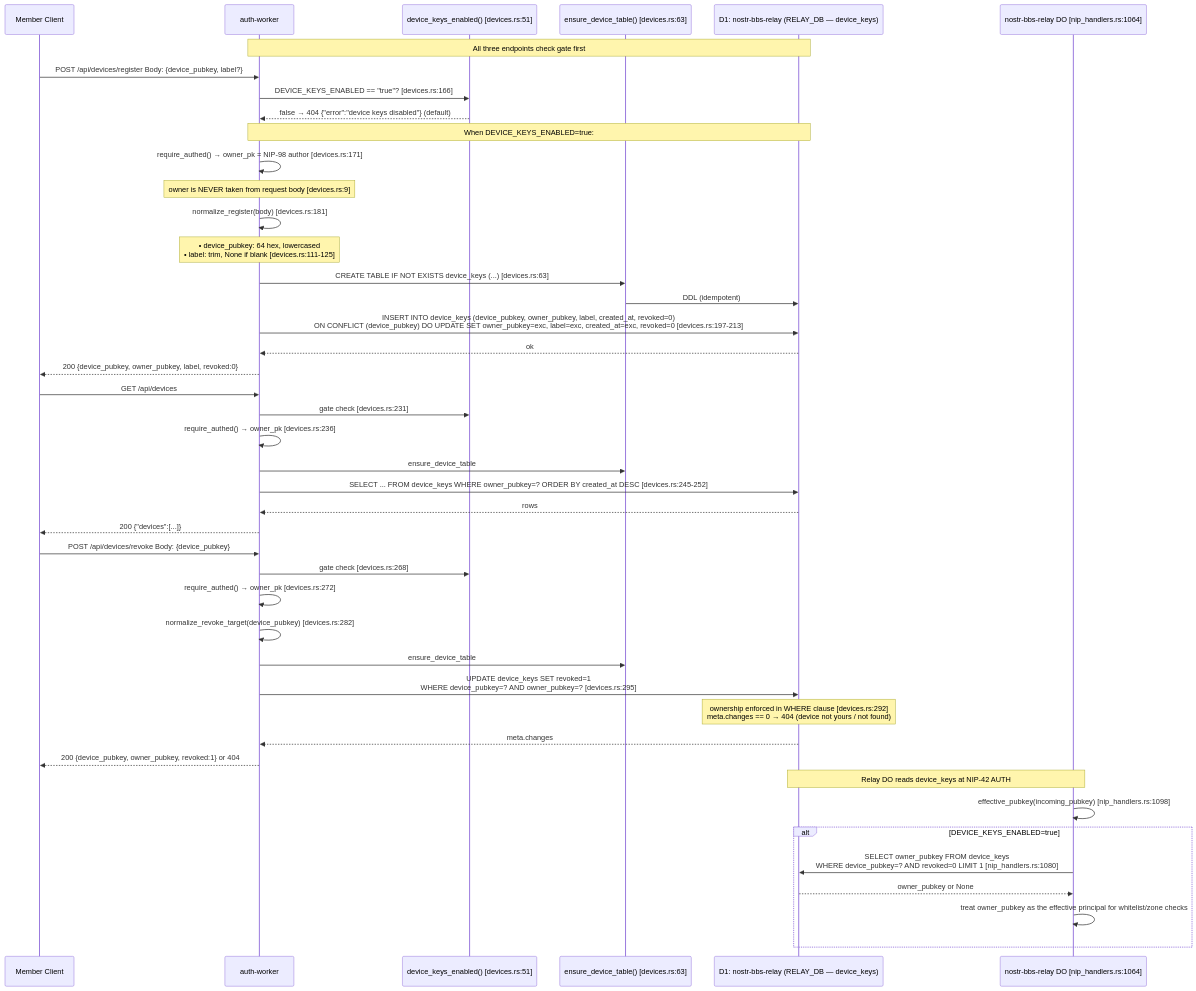
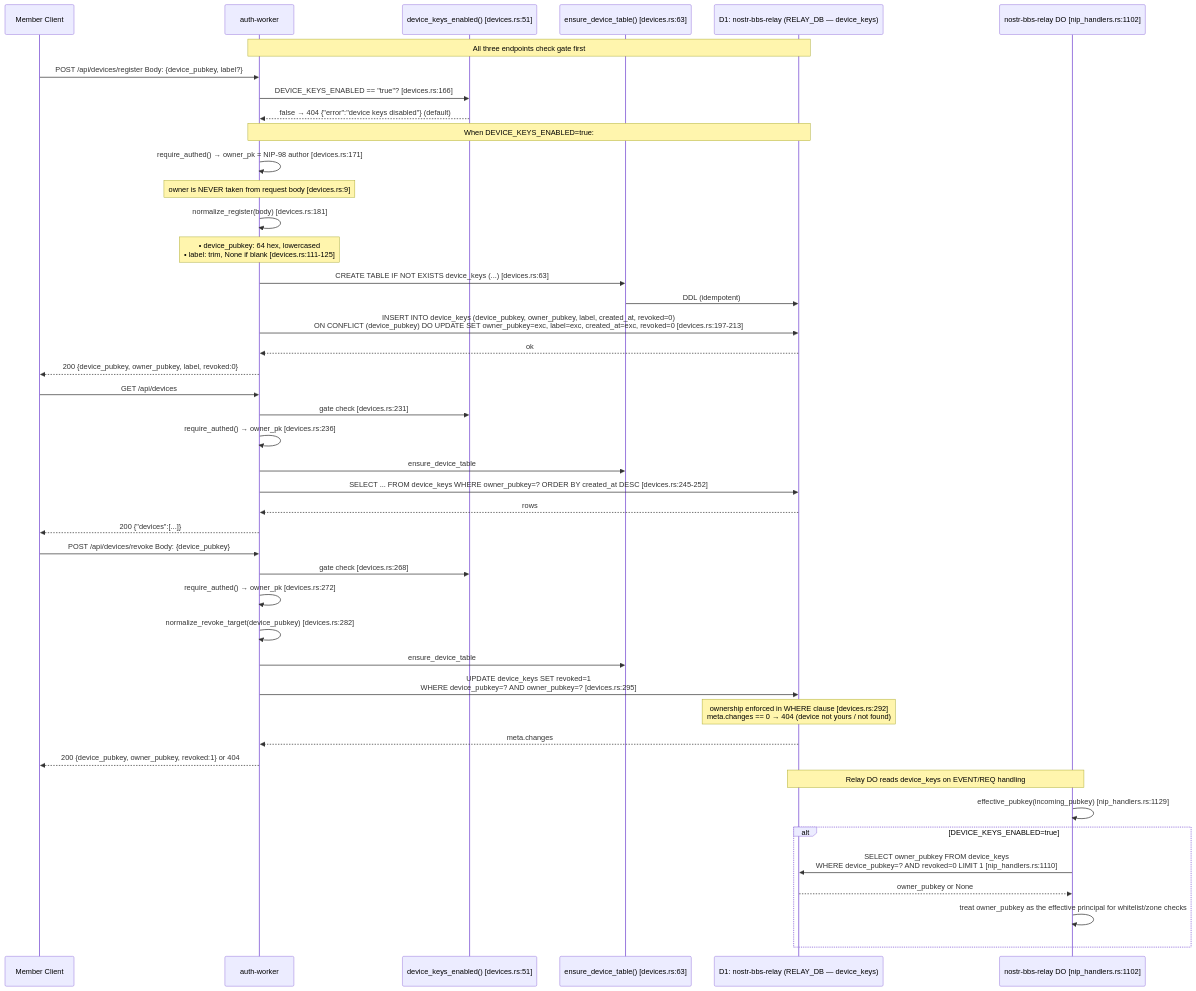
The seventh of 7 diagrams in docs/diagrams/auth-governance-flows.md (DreamLab-AI/nostr-rust-forum), drawn with Mermaid before and after one commit. The commit also changed other lines of this file and 5 other files, not shown here.

First line of the commit message:
docs(diagrams): verify mermaid diagrams against code; refresh drifted anchors and label known gaps

````diff
--- a/docs/diagrams/auth-governance-flows.md
+++ b/docs/diagrams/auth-governance-flows.md
@@ -242,52 +245,52 @@
 ```mermaid
 sequenceDiagram
     participant U as Member Client
     participant W as auth-worker
     participant G as device_keys_enabled() [devices.rs:51]
     participant T as ensure_device_table() [devices.rs:63]
     participant D1R as D1: nostr-bbs-relay (RELAY_DB — device_keys)
-    participant RDOA as nostr-bbs-relay DO [nip_handlers.rs:1064]
+    participant RDOA as nostr-bbs-relay DO [nip_handlers.rs:1102]
 
     Note over W,D1R: All three endpoints check gate first
 
     U->>W: POST /api/devices/register  Body: {device_pubkey, label?}
     W->>G: DEVICE_KEYS_ENABLED == "true"? [devices.rs:166]
     G-->>W: false → 404 {"error":"device keys disabled"} (default)
 
     Note over W,D1R: When DEVICE_KEYS_ENABLED=true:
     W->>W: require_authed() → owner_pk = NIP-98 author [devices.rs:171]
     Note over W: owner is NEVER taken from request body [devices.rs:9]
     W->>W: normalize_register(body) [devices.rs:181]
     Note over W: • device_pubkey: 64 hex, lowercased<br/>• label: trim, None if blank [devices.rs:111-125]
     W->>T: CREATE TABLE IF NOT EXISTS device_keys (...) [devices.rs:63]
     T->>D1R: DDL (idempotent)
     W->>D1R: INSERT INTO device_keys (device_pubkey, owner_pubkey, label, created_at, revoked=0)<br/>ON CONFLICT (device_pubkey) DO UPDATE SET owner_pubkey=exc, label=exc, created_at=exc, revoked=0 [devices.rs:197-213]
     D1R-->>W: ok
     W-->>U: 200 {device_pubkey, owner_pubkey, label, revoked:0}
 
     U->>W: GET /api/devices
     W->>G: gate check [devices.rs:231]
     W->>W: require_authed() → owner_pk [devices.rs:236]
     W->>T: ensure_device_table
     W->>D1R: SELECT ... FROM device_keys WHERE owner_pubkey=? ORDER BY created_at DESC [devices.rs:245-252]
     D1R-->>W: rows
     W-->>U: 200 {"devices":[...]}
 
     U->>W: POST /api/devices/revoke  Body: {device_pubkey}
     W->>G: gate check [devices.rs:268]
     W->>W: require_authed() → owner_pk [devices.rs:272]
     W->>W: normalize_revoke_target(device_pubkey) [devices.rs:282]
     W->>T: ensure_device_table
     W->>D1R: UPDATE device_keys SET revoked=1<br/>WHERE device_pubkey=? AND owner_pubkey=? [devices.rs:295]
     Note over D1R: ownership enforced in WHERE clause [devices.rs:292]<br/>meta.changes == 0 → 404 (device not yours / not found)
     D1R-->>W: meta.changes
     W-->>U: 200 {device_pubkey, owner_pubkey, revoked:1} or 404
 
-    Note over RDOA,D1R: Relay DO reads device_keys at NIP-42 AUTH
-    RDOA->>RDOA: effective_pubkey(incoming_pubkey) [nip_handlers.rs:1098]
+    Note over RDOA,D1R: Relay DO reads device_keys on EVENT/REQ handling
+    RDOA->>RDOA: effective_pubkey(incoming_pubkey) [nip_handlers.rs:1129]
     alt DEVICE_KEYS_ENABLED=true
-        RDOA->>D1R: SELECT owner_pubkey FROM device_keys<br/>WHERE device_pubkey=? AND revoked=0 LIMIT 1 [nip_handlers.rs:1080]
+        RDOA->>D1R: SELECT owner_pubkey FROM device_keys<br/>WHERE device_pubkey=? AND revoked=0 LIMIT 1 [nip_handlers.rs:1110]
         D1R-->>RDOA: owner_pubkey or None
         RDOA->>RDOA: treat owner_pubkey as the effective principal for whitelist/zone checks
     end
 ```
````
